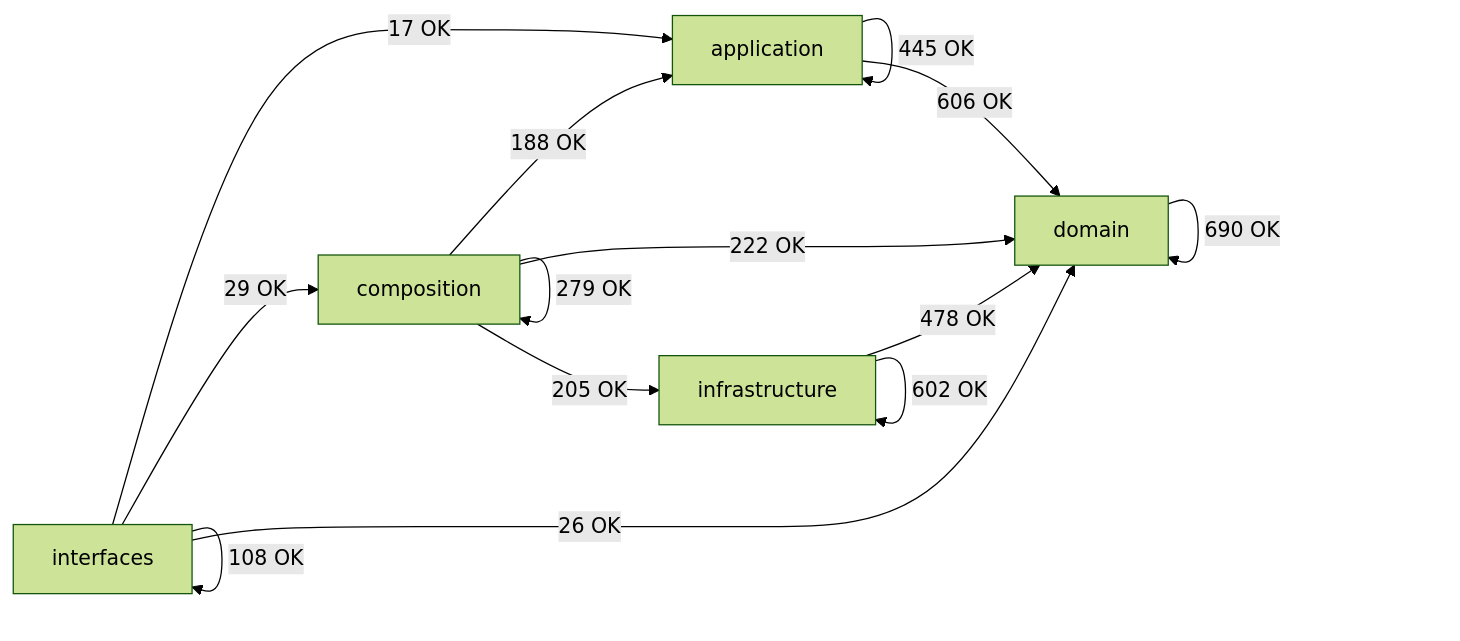
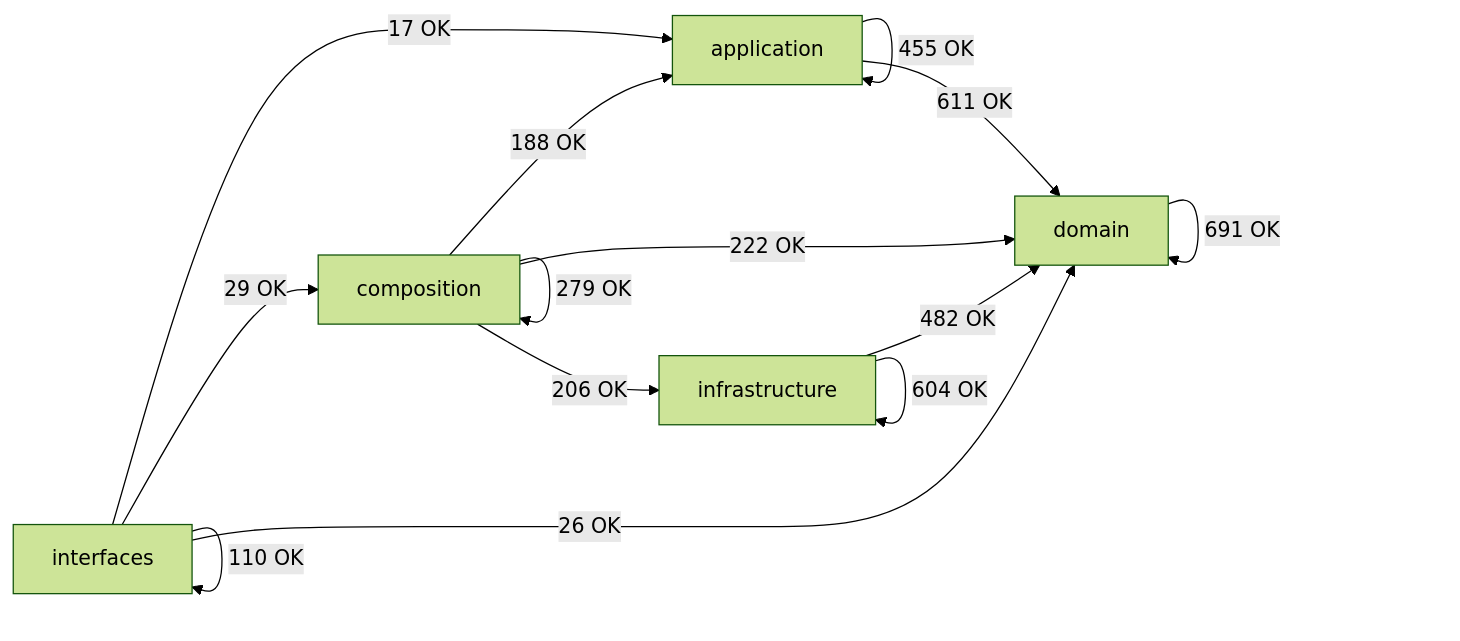
The diagram in docs/02-architecture/generated/module-dependency-map.md (SatoryKono/BioactivityDataAcquisition), drawn with Mermaid (forest theme) before and after one commit. The commit also changed other lines of this file and 48 other files, not shown here.

First line of the commit message:
feat(scripts): add modular entry points for CI, data, diagrams, docs, and more

````diff
--- a/docs/02-architecture/generated/module-dependency-map.md
+++ b/docs/02-architecture/generated/module-dependency-map.md
@@ -16,21 +16,21 @@
 ```mermaid
 flowchart LR
     domain[domain]
     application[application]
     infrastructure[infrastructure]
     composition[composition]
     interfaces[interfaces]
-    application -->|445 OK| application
-    application -->|606 OK| domain
+    application -->|455 OK| application
+    application -->|611 OK| domain
     composition -->|188 OK| application
     composition -->|279 OK| composition
     composition -->|222 OK| domain
-    composition -->|205 OK| infrastructure
-    domain -->|690 OK| domain
-    infrastructure -->|478 OK| domain
-    infrastructure -->|602 OK| infrastructure
+    composition -->|206 OK| infrastructure
+    domain -->|691 OK| domain
+    infrastructure -->|482 OK| domain
+    infrastructure -->|604 OK| infrastructure
     interfaces -->|17 OK| application
     interfaces -->|29 OK| composition
     interfaces -->|26 OK| domain
-    interfaces -->|108 OK| interfaces
+    interfaces -->|110 OK| interfaces
 ```
````
